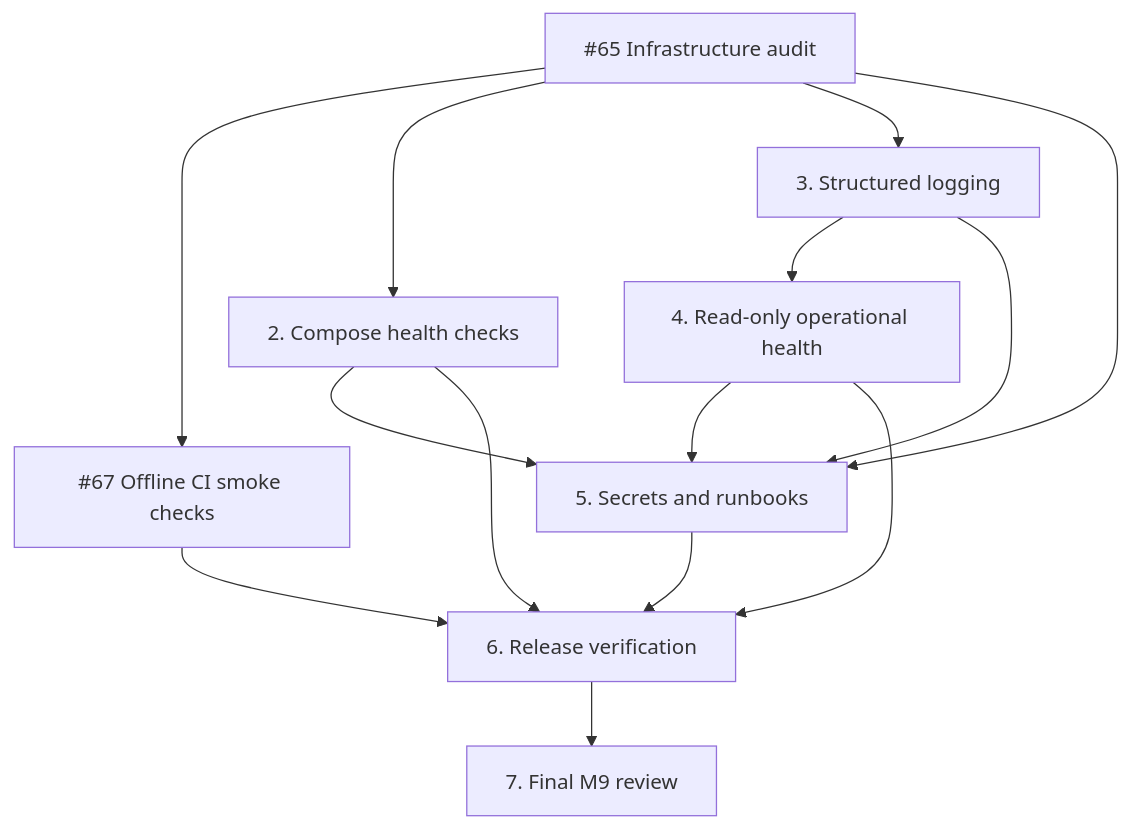
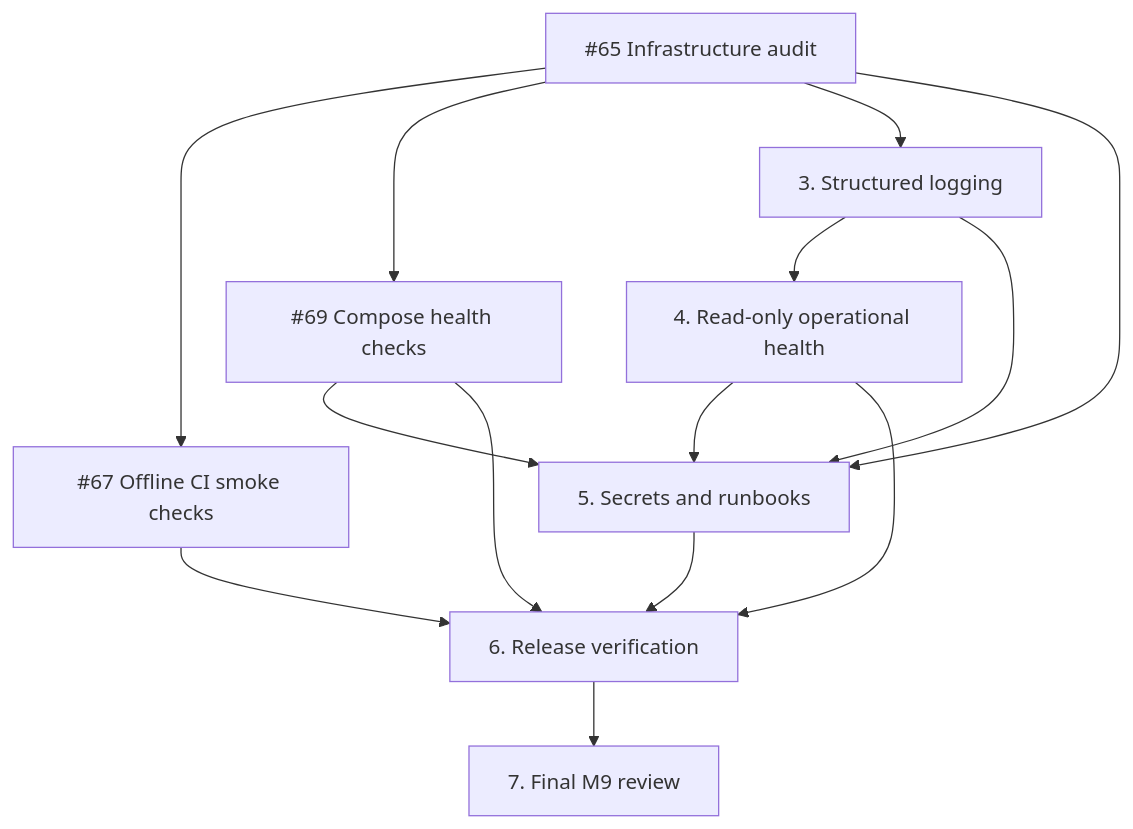
Before and after one commit to Ahmeddsayedd/financial-market-data-platform: the diagram in docs/operations/m9-implementation-plan.md, drawn with Mermaid. The commit also changed other lines of this file and 6 other files, not shown here.

Commit message:
ops: add Airflow health checks and Compose validation

````diff
--- a/docs/operations/m9-implementation-plan.md
+++ b/docs/operations/m9-implementation-plan.md
@@ -80,25 +80,25 @@
 ```mermaid
 flowchart TD
     Audit["#65 Infrastructure audit"]
     CI["#67 Offline CI smoke checks"]
-    Compose["2. Compose health checks"]
+    Compose["#69 Compose health checks"]
     Logging["3. Structured logging"]
     Health["4. Read-only operational health"]
     Runbook["5. Secrets and runbooks"]
     Release["6. Release verification"]
     Review["7. Final M9 review"]
 
     Audit --> CI
     Audit --> Compose
     Audit --> Logging
     Logging --> Health
     Audit --> Runbook
     Compose --> Runbook
     Logging --> Runbook
     Health --> Runbook
     CI --> Release
     Compose --> Release
     Health --> Release
     Runbook --> Release
     Release --> Review
 ```
````
